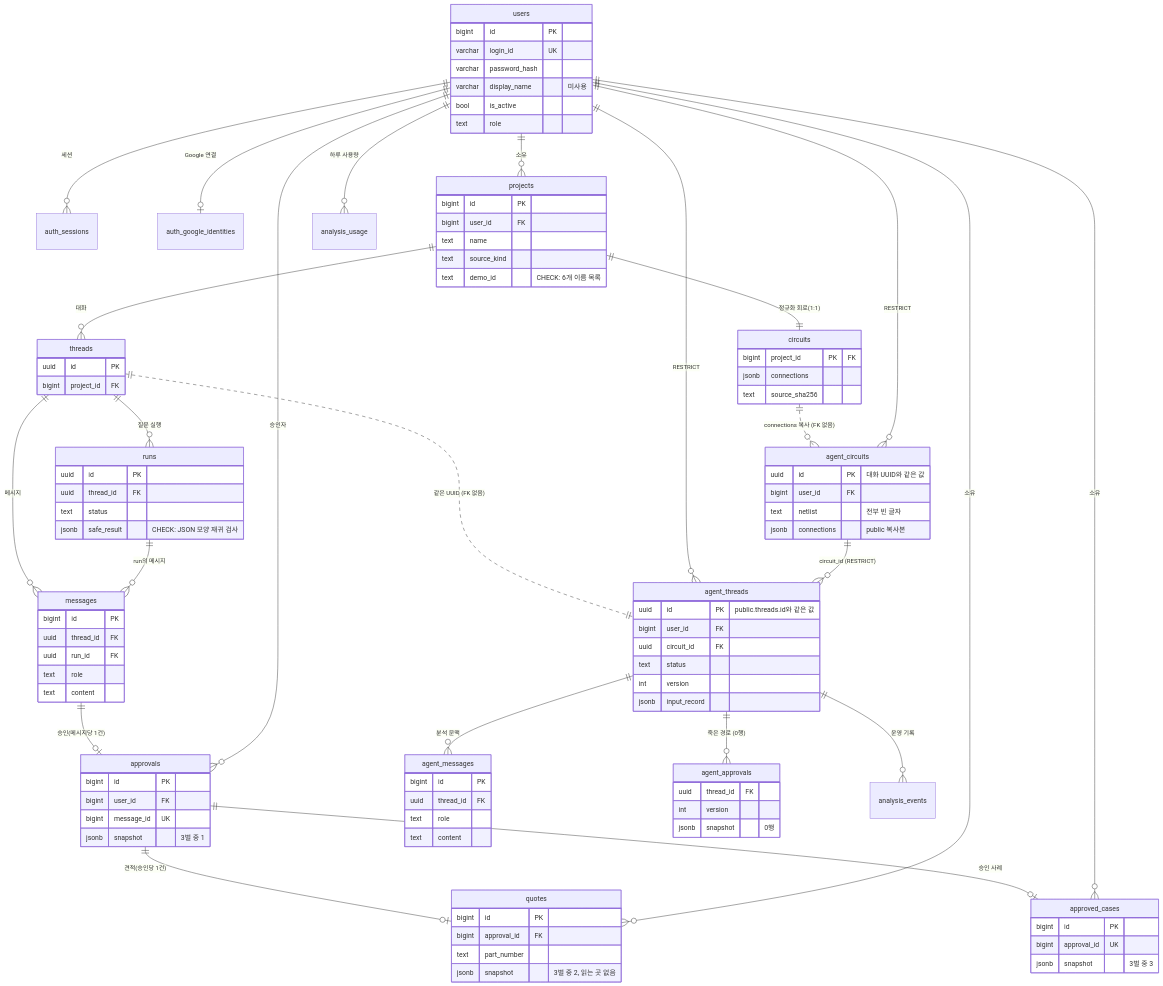
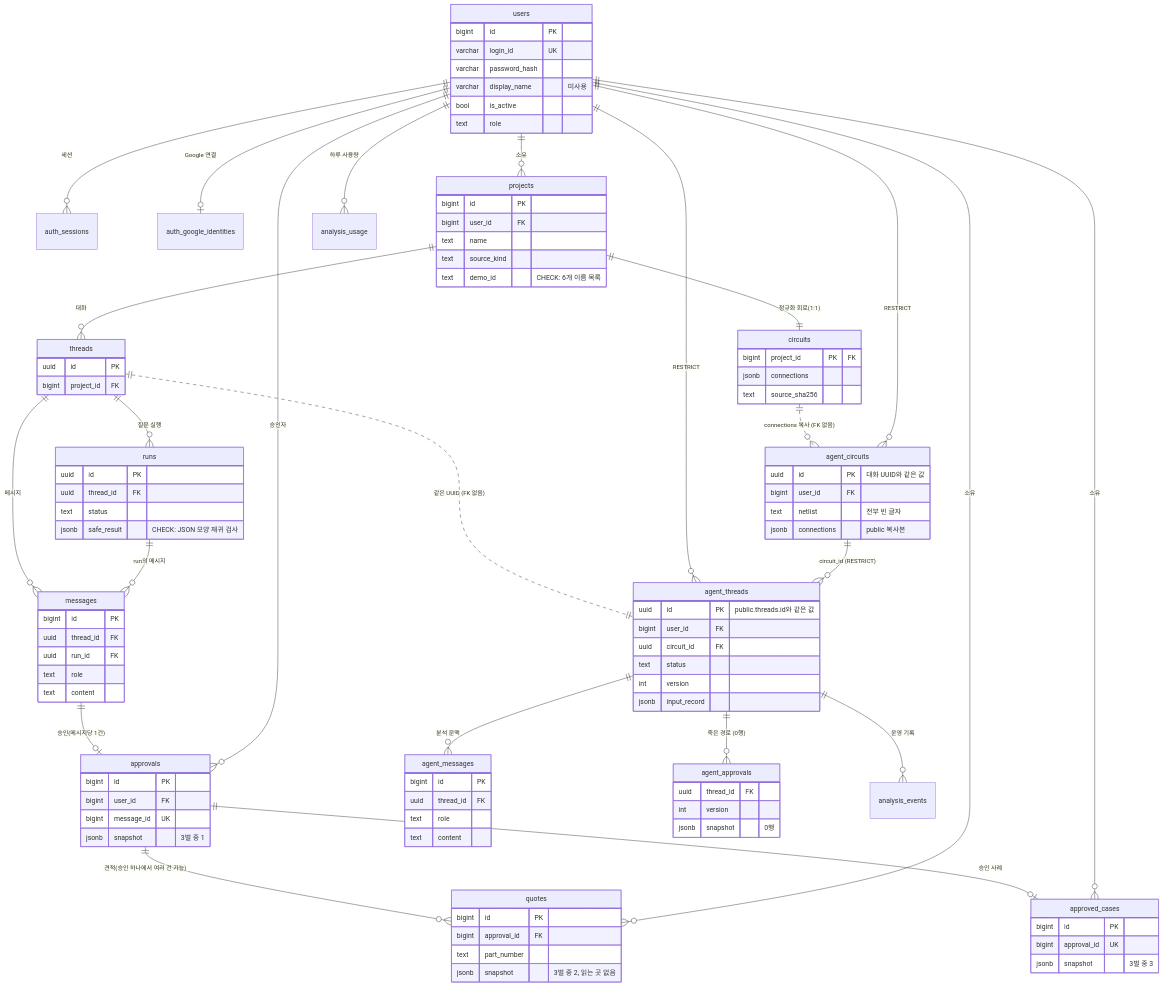
Before and after one commit to HJU5022/SojaFit: the first of 2 diagrams in db/redesign/as-is/erd.md, drawn with Mermaid. The commit also changed 6 other files, not shown here.

```diff
--- a/db/redesign/as-is/erd.md
+++ b/db/redesign/as-is/erd.md
@@ -18,7 +18,7 @@
     runs ||--o{ messages : "run의 메시지"
     messages ||--o| approvals : "승인(메시지당 1건)"
     users ||--o{ approvals : "승인자"
-    approvals ||--o| quotes : "견적(승인당 1건)"
+    approvals ||--o{ quotes : "견적(승인 하나에서 여러 건 가능)"
     approvals ||--o| approved_cases : "승인 사례"
     users ||--o{ quotes : "소유"
     users ||--o{ approved_cases : "소유"
```
